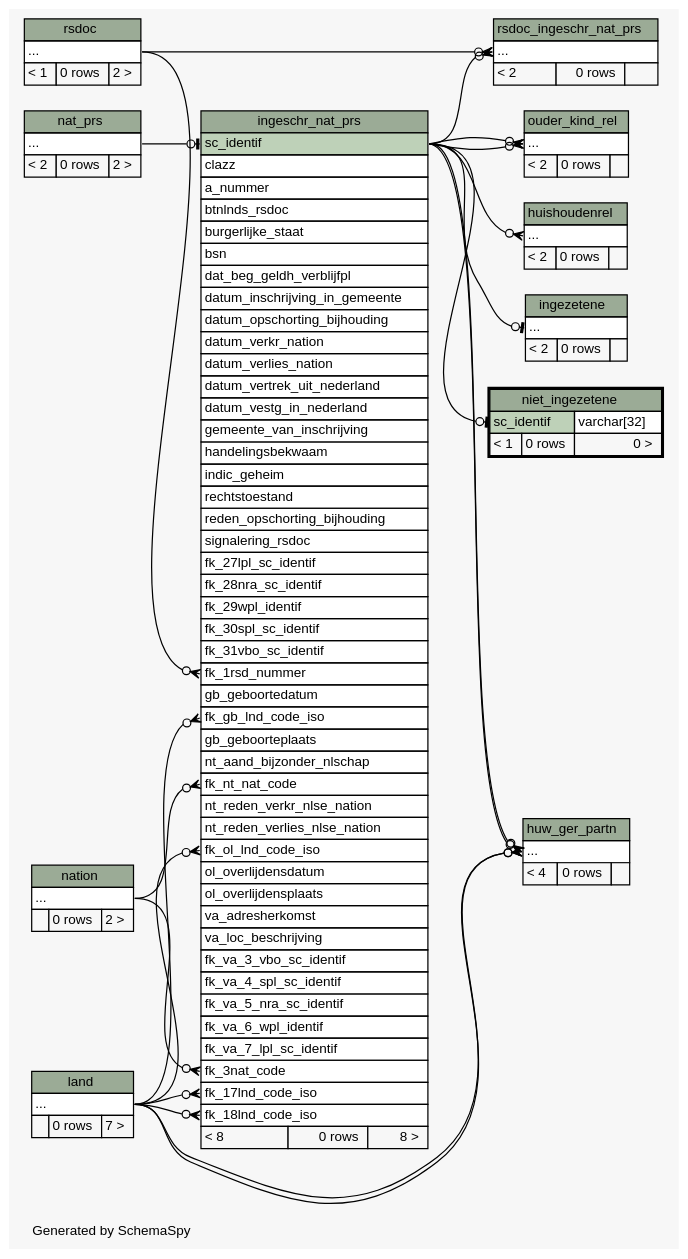
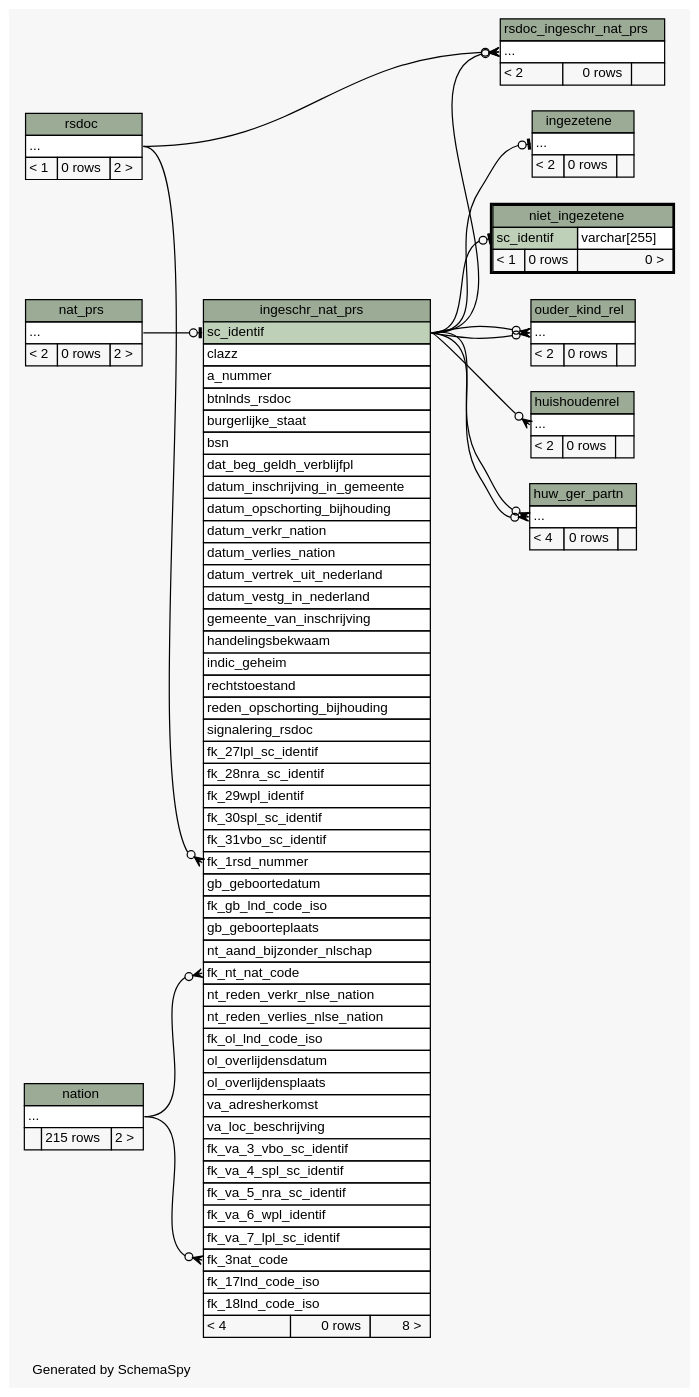
The diagram in datamodel/schemaspy/diagrams/niet_ingezetene.2degrees.dot (B3Partners/brmo), drawn with Graphviz before and after one commit. The commit also changed 3409 other files, not shown here.

```diff
--- a/datamodel/schemaspy/diagrams/niet_ingezetene.2degrees.dot
+++ b/datamodel/schemaspy/diagrams/niet_ingezetene.2degrees.dot
@@ -1,195 +1,179 @@
 // dot 2.40.1 on Linux 4.15.0-36-generic
 // SchemaSpy rev Unknown
 digraph "twoDegreesRelationshipsDiagram" {
   graph [
     rankdir="RL"
     bgcolor="#f7f7f7"
     label="\nGenerated by SchemaSpy"
     labeljust="l"
     nodesep="0.18"
     ranksep="0.46"
     fontname="Helvetica"
     fontsize="11"
   ];
   node [
     fontname="Helvetica"
     fontsize="11"
     shape="plaintext"
   ];
   edge [
     arrowsize="0.8"
   ];
   "huishoudenrel":"elipses":w -> "ingeschr_nat_prs":"sc_identif":e [arrowhead=none dir=back arrowtail=crowodot];
-  "huw_ger_partn":"elipses":w -> "land":"elipses":e [arrowhead=none dir=back arrowtail=crowodot];
-  "huw_ger_partn":"elipses":w -> "land":"elipses":e [arrowhead=none dir=back arrowtail=crowodot];
   "huw_ger_partn":"elipses":w -> "ingeschr_nat_prs":"sc_identif":e [arrowhead=none dir=back arrowtail=crowodot];
   "huw_ger_partn":"elipses":w -> "ingeschr_nat_prs":"sc_identif":e [arrowhead=none dir=back arrowtail=crowodot];
-  "ingeschr_nat_prs":"fk_17lnd_code_iso":w -> "land":"elipses":e [arrowhead=none dir=back arrowtail=crowodot];
-  "ingeschr_nat_prs":"fk_18lnd_code_iso":w -> "land":"elipses":e [arrowhead=none dir=back arrowtail=crowodot];
   "ingeschr_nat_prs":"fk_1rsd_nummer":w -> "rsdoc":"elipses":e [arrowhead=none dir=back arrowtail=crowodot];
   "ingeschr_nat_prs":"fk_3nat_code":w -> "nation":"elipses":e [arrowhead=none dir=back arrowtail=crowodot];
-  "ingeschr_nat_prs":"fk_gb_lnd_code_iso":w -> "land":"elipses":e [arrowhead=none dir=back arrowtail=crowodot];
   "ingeschr_nat_prs":"fk_nt_nat_code":w -> "nation":"elipses":e [arrowhead=none dir=back arrowtail=crowodot];
-  "ingeschr_nat_prs":"fk_ol_lnd_code_iso":w -> "land":"elipses":e [arrowhead=none dir=back arrowtail=crowodot];
   "ingeschr_nat_prs":"sc_identif":w -> "nat_prs":"elipses":e [arrowhead=none dir=back arrowtail=teeodot];
   "ingezetene":"elipses":w -> "ingeschr_nat_prs":"sc_identif":e [arrowhead=none dir=back arrowtail=teeodot];
   "niet_ingezetene":"sc_identif":w -> "ingeschr_nat_prs":"sc_identif":e [arrowhead=none dir=back arrowtail=teeodot];
   "ouder_kind_rel":"elipses":w -> "ingeschr_nat_prs":"sc_identif":e [arrowhead=none dir=back arrowtail=crowodot];
   "ouder_kind_rel":"elipses":w -> "ingeschr_nat_prs":"sc_identif":e [arrowhead=none dir=back arrowtail=crowodot];
   "rsdoc_ingeschr_nat_prs":"elipses":w -> "rsdoc":"elipses":e [arrowhead=none dir=back arrowtail=crowodot];
   "rsdoc_ingeschr_nat_prs":"elipses":w -> "ingeschr_nat_prs":"sc_identif":e [arrowhead=none dir=back arrowtail=crowodot];
   "huishoudenrel" [
     label=<
     <TABLE BORDER="0" CELLBORDER="1" CELLSPACING="0" BGCOLOR="#ffffff">
       <TR><TD COLSPAN="3" BGCOLOR="#9bab96" ALIGN="CENTER">huishoudenrel</TD></TR>
       <TR><TD PORT="elipses" COLSPAN="3" ALIGN="LEFT">...</TD></TR>
       <TR><TD ALIGN="LEFT" BGCOLOR="#f7f7f7">&lt; 2</TD><TD ALIGN="RIGHT" BGCOLOR="#f7f7f7">0 rows</TD><TD ALIGN="RIGHT" BGCOLOR="#f7f7f7">  </TD></TR>
     </TABLE>>
     URL="huishoudenrel.html"
     tooltip="huishoudenrel"
   ];
   "huw_ger_partn" [
     label=<
     <TABLE BORDER="0" CELLBORDER="1" CELLSPACING="0" BGCOLOR="#ffffff">
       <TR><TD COLSPAN="3" BGCOLOR="#9bab96" ALIGN="CENTER">huw_ger_partn</TD></TR>
       <TR><TD PORT="elipses" COLSPAN="3" ALIGN="LEFT">...</TD></TR>
       <TR><TD ALIGN="LEFT" BGCOLOR="#f7f7f7">&lt; 4</TD><TD ALIGN="RIGHT" BGCOLOR="#f7f7f7">0 rows</TD><TD ALIGN="RIGHT" BGCOLOR="#f7f7f7">  </TD></TR>
     </TABLE>>
     URL="huw_ger_partn.html"
     tooltip="huw_ger_partn"
   ];
   "ingeschr_nat_prs" [
     label=<
     <TABLE BORDER="0" CELLBORDER="1" CELLSPACING="0" BGCOLOR="#ffffff">
       <TR><TD COLSPAN="3" BGCOLOR="#9bab96" ALIGN="CENTER">ingeschr_nat_prs</TD></TR>
       <TR><TD PORT="sc_identif" COLSPAN="3" BGCOLOR="#bed1b8" ALIGN="LEFT">sc_identif</TD></TR>
       <TR><TD PORT="clazz" COLSPAN="3" ALIGN="LEFT">clazz</TD></TR>
       <TR><TD PORT="a_nummer" COLSPAN="3" ALIGN="LEFT">a_nummer</TD></TR>
       <TR><TD PORT="btnlnds_rsdoc" COLSPAN="3" ALIGN="LEFT">btnlnds_rsdoc</TD></TR>
       <TR><TD PORT="burgerlijke_staat" COLSPAN="3" ALIGN="LEFT">burgerlijke_staat</TD></TR>
       <TR><TD PORT="bsn" COLSPAN="3" ALIGN="LEFT">bsn</TD></TR>
       <TR><TD PORT="dat_beg_geldh_verblijfpl" COLSPAN="3" ALIGN="LEFT">dat_beg_geldh_verblijfpl</TD></TR>
       <TR><TD PORT="datum_inschrijving_in_gemeente" COLSPAN="3" ALIGN="LEFT">datum_inschrijving_in_gemeente</TD></TR>
       <TR><TD PORT="datum_opschorting_bijhouding" COLSPAN="3" ALIGN="LEFT">datum_opschorting_bijhouding</TD></TR>
       <TR><TD PORT="datum_verkr_nation" COLSPAN="3" ALIGN="LEFT">datum_verkr_nation</TD></TR>
       <TR><TD PORT="datum_verlies_nation" COLSPAN="3" ALIGN="LEFT">datum_verlies_nation</TD></TR>
       <TR><TD PORT="datum_vertrek_uit_nederland" COLSPAN="3" ALIGN="LEFT">datum_vertrek_uit_nederland</TD></TR>
       <TR><TD PORT="datum_vestg_in_nederland" COLSPAN="3" ALIGN="LEFT">datum_vestg_in_nederland</TD></TR>
       <TR><TD PORT="gemeente_van_inschrijving" COLSPAN="3" ALIGN="LEFT">gemeente_van_inschrijving</TD></TR>
       <TR><TD PORT="handelingsbekwaam" COLSPAN="3" ALIGN="LEFT">handelingsbekwaam</TD></TR>
       <TR><TD PORT="indic_geheim" COLSPAN="3" ALIGN="LEFT">indic_geheim</TD></TR>
       <TR><TD PORT="rechtstoestand" COLSPAN="3" ALIGN="LEFT">rechtstoestand</TD></TR>
       <TR><TD PORT="reden_opschorting_bijhouding" COLSPAN="3" ALIGN="LEFT">reden_opschorting_bijhouding</TD></TR>
       <TR><TD PORT="signalering_rsdoc" COLSPAN="3" ALIGN="LEFT">signalering_rsdoc</TD></TR>
       <TR><TD PORT="fk_27lpl_sc_identif" COLSPAN="3" ALIGN="LEFT">fk_27lpl_sc_identif</TD></TR>
       <TR><TD PORT="fk_28nra_sc_identif" COLSPAN="3" ALIGN="LEFT">fk_28nra_sc_identif</TD></TR>
       <TR><TD PORT="fk_29wpl_identif" COLSPAN="3" ALIGN="LEFT">fk_29wpl_identif</TD></TR>
       <TR><TD PORT="fk_30spl_sc_identif" COLSPAN="3" ALIGN="LEFT">fk_30spl_sc_identif</TD></TR>
       <TR><TD PORT="fk_31vbo_sc_identif" COLSPAN="3" ALIGN="LEFT">fk_31vbo_sc_identif</TD></TR>
       <TR><TD PORT="fk_1rsd_nummer" COLSPAN="3" ALIGN="LEFT">fk_1rsd_nummer</TD></TR>
       <TR><TD PORT="gb_geboortedatum" COLSPAN="3" ALIGN="LEFT">gb_geboortedatum</TD></TR>
       <TR><TD PORT="fk_gb_lnd_code_iso" COLSPAN="3" ALIGN="LEFT">fk_gb_lnd_code_iso</TD></TR>
       <TR><TD PORT="gb_geboorteplaats" COLSPAN="3" ALIGN="LEFT">gb_geboorteplaats</TD></TR>
       <TR><TD PORT="nt_aand_bijzonder_nlschap" COLSPAN="3" ALIGN="LEFT">nt_aand_bijzonder_nlschap</TD></TR>
       <TR><TD PORT="fk_nt_nat_code" COLSPAN="3" ALIGN="LEFT">fk_nt_nat_code</TD></TR>
       <TR><TD PORT="nt_reden_verkr_nlse_nation" COLSPAN="3" ALIGN="LEFT">nt_reden_verkr_nlse_nation</TD></TR>
       <TR><TD PORT="nt_reden_verlies_nlse_nation" COLSPAN="3" ALIGN="LEFT">nt_reden_verlies_nlse_nation</TD></TR>
       <TR><TD PORT="fk_ol_lnd_code_iso" COLSPAN="3" ALIGN="LEFT">fk_ol_lnd_code_iso</TD></TR>
       <TR><TD PORT="ol_overlijdensdatum" COLSPAN="3" ALIGN="LEFT">ol_overlijdensdatum</TD></TR>
       <TR><TD PORT="ol_overlijdensplaats" COLSPAN="3" ALIGN="LEFT">ol_overlijdensplaats</TD></TR>
       <TR><TD PORT="va_adresherkomst" COLSPAN="3" ALIGN="LEFT">va_adresherkomst</TD></TR>
       <TR><TD PORT="va_loc_beschrijving" COLSPAN="3" ALIGN="LEFT">va_loc_beschrijving</TD></TR>
       <TR><TD PORT="fk_va_3_vbo_sc_identif" COLSPAN="3" ALIGN="LEFT">fk_va_3_vbo_sc_identif</TD></TR>
       <TR><TD PORT="fk_va_4_spl_sc_identif" COLSPAN="3" ALIGN="LEFT">fk_va_4_spl_sc_identif</TD></TR>
       <TR><TD PORT="fk_va_5_nra_sc_identif" COLSPAN="3" ALIGN="LEFT">fk_va_5_nra_sc_identif</TD></TR>
       <TR><TD PORT="fk_va_6_wpl_identif" COLSPAN="3" ALIGN="LEFT">fk_va_6_wpl_identif</TD></TR>
       <TR><TD PORT="fk_va_7_lpl_sc_identif" COLSPAN="3" ALIGN="LEFT">fk_va_7_lpl_sc_identif</TD></TR>
       <TR><TD PORT="fk_3nat_code" COLSPAN="3" ALIGN="LEFT">fk_3nat_code</TD></TR>
       <TR><TD PORT="fk_17lnd_code_iso" COLSPAN="3" ALIGN="LEFT">fk_17lnd_code_iso</TD></TR>
       <TR><TD PORT="fk_18lnd_code_iso" COLSPAN="3" ALIGN="LEFT">fk_18lnd_code_iso</TD></TR>
-      <TR><TD ALIGN="LEFT" BGCOLOR="#f7f7f7">&lt; 8</TD><TD ALIGN="RIGHT" BGCOLOR="#f7f7f7">0 rows</TD><TD ALIGN="RIGHT" BGCOLOR="#f7f7f7">8 &gt;</TD></TR>
+      <TR><TD ALIGN="LEFT" BGCOLOR="#f7f7f7">&lt; 4</TD><TD ALIGN="RIGHT" BGCOLOR="#f7f7f7">0 rows</TD><TD ALIGN="RIGHT" BGCOLOR="#f7f7f7">8 &gt;</TD></TR>
     </TABLE>>
     URL="ingeschr_nat_prs.html"
     tooltip="ingeschr_nat_prs"
   ];
   "ingezetene" [
     label=<
     <TABLE BORDER="0" CELLBORDER="1" CELLSPACING="0" BGCOLOR="#ffffff">
       <TR><TD COLSPAN="3" BGCOLOR="#9bab96" ALIGN="CENTER">ingezetene</TD></TR>
       <TR><TD PORT="elipses" COLSPAN="3" ALIGN="LEFT">...</TD></TR>
       <TR><TD ALIGN="LEFT" BGCOLOR="#f7f7f7">&lt; 2</TD><TD ALIGN="RIGHT" BGCOLOR="#f7f7f7">0 rows</TD><TD ALIGN="RIGHT" BGCOLOR="#f7f7f7">  </TD></TR>
     </TABLE>>
     URL="ingezetene.html"
     tooltip="ingezetene"
-  ];
-  "land" [
-    label=<
-    <TABLE BORDER="0" CELLBORDER="1" CELLSPACING="0" BGCOLOR="#ffffff">
-      <TR><TD COLSPAN="3" BGCOLOR="#9bab96" ALIGN="CENTER">land</TD></TR>
-      <TR><TD PORT="elipses" COLSPAN="3" ALIGN="LEFT">...</TD></TR>
-      <TR><TD ALIGN="LEFT" BGCOLOR="#f7f7f7">  </TD><TD ALIGN="RIGHT" BGCOLOR="#f7f7f7">0 rows</TD><TD ALIGN="RIGHT" BGCOLOR="#f7f7f7">7 &gt;</TD></TR>
-    </TABLE>>
-    URL="land.html"
-    tooltip="land"
   ];
   "nat_prs" [
     label=<
     <TABLE BORDER="0" CELLBORDER="1" CELLSPACING="0" BGCOLOR="#ffffff">
       <TR><TD COLSPAN="3" BGCOLOR="#9bab96" ALIGN="CENTER">nat_prs</TD></TR>
       <TR><TD PORT="elipses" COLSPAN="3" ALIGN="LEFT">...</TD></TR>
       <TR><TD ALIGN="LEFT" BGCOLOR="#f7f7f7">&lt; 2</TD><TD ALIGN="RIGHT" BGCOLOR="#f7f7f7">0 rows</TD><TD ALIGN="RIGHT" BGCOLOR="#f7f7f7">2 &gt;</TD></TR>
     </TABLE>>
     URL="nat_prs.html"
     tooltip="nat_prs"
   ];
   "nation" [
     label=<
     <TABLE BORDER="0" CELLBORDER="1" CELLSPACING="0" BGCOLOR="#ffffff">
       <TR><TD COLSPAN="3" BGCOLOR="#9bab96" ALIGN="CENTER">nation</TD></TR>
       <TR><TD PORT="elipses" COLSPAN="3" ALIGN="LEFT">...</TD></TR>
-      <TR><TD ALIGN="LEFT" BGCOLOR="#f7f7f7">  </TD><TD ALIGN="RIGHT" BGCOLOR="#f7f7f7">0 rows</TD><TD ALIGN="RIGHT" BGCOLOR="#f7f7f7">2 &gt;</TD></TR>
+      <TR><TD ALIGN="LEFT" BGCOLOR="#f7f7f7">  </TD><TD ALIGN="RIGHT" BGCOLOR="#f7f7f7">215 rows</TD><TD ALIGN="RIGHT" BGCOLOR="#f7f7f7">2 &gt;</TD></TR>
     </TABLE>>
     URL="nation.html"
     tooltip="nation"
   ];
   "niet_ingezetene" [
     label=<
     <TABLE BORDER="2" CELLBORDER="1" CELLSPACING="0" BGCOLOR="#ffffff">
       <TR><TD COLSPAN="3" BGCOLOR="#9bab96" ALIGN="CENTER">niet_ingezetene</TD></TR>
-      <TR><TD PORT="sc_identif" COLSPAN="2" BGCOLOR="#bed1b8" ALIGN="LEFT">sc_identif</TD><TD PORT="sc_identif.type" ALIGN="LEFT">varchar[32]</TD></TR>
+      <TR><TD PORT="sc_identif" COLSPAN="2" BGCOLOR="#bed1b8" ALIGN="LEFT">sc_identif</TD><TD PORT="sc_identif.type" ALIGN="LEFT">varchar[255]</TD></TR>
       <TR><TD ALIGN="LEFT" BGCOLOR="#f7f7f7">&lt; 1</TD><TD ALIGN="RIGHT" BGCOLOR="#f7f7f7">0 rows</TD><TD ALIGN="RIGHT" BGCOLOR="#f7f7f7">0 &gt;</TD></TR>
     </TABLE>>
     URL="niet_ingezetene.html"
     tooltip="niet_ingezetene"
   ];
   "ouder_kind_rel" [
     label=<
     <TABLE BORDER="0" CELLBORDER="1" CELLSPACING="0" BGCOLOR="#ffffff">
       <TR><TD COLSPAN="3" BGCOLOR="#9bab96" ALIGN="CENTER">ouder_kind_rel</TD></TR>
       <TR><TD PORT="elipses" COLSPAN="3" ALIGN="LEFT">...</TD></TR>
       <TR><TD ALIGN="LEFT" BGCOLOR="#f7f7f7">&lt; 2</TD><TD ALIGN="RIGHT" BGCOLOR="#f7f7f7">0 rows</TD><TD ALIGN="RIGHT" BGCOLOR="#f7f7f7">  </TD></TR>
     </TABLE>>
     URL="ouder_kind_rel.html"
     tooltip="ouder_kind_rel"
   ];
   "rsdoc" [
     label=<
     <TABLE BORDER="0" CELLBORDER="1" CELLSPACING="0" BGCOLOR="#ffffff">
       <TR><TD COLSPAN="3" BGCOLOR="#9bab96" ALIGN="CENTER">rsdoc</TD></TR>
       <TR><TD PORT="elipses" COLSPAN="3" ALIGN="LEFT">...</TD></TR>
       <TR><TD ALIGN="LEFT" BGCOLOR="#f7f7f7">&lt; 1</TD><TD ALIGN="RIGHT" BGCOLOR="#f7f7f7">0 rows</TD><TD ALIGN="RIGHT" BGCOLOR="#f7f7f7">2 &gt;</TD></TR>
     </TABLE>>
     URL="rsdoc.html"
     tooltip="rsdoc"
   ];
   "rsdoc_ingeschr_nat_prs" [
     label=<
     <TABLE BORDER="0" CELLBORDER="1" CELLSPACING="0" BGCOLOR="#ffffff">
       <TR><TD COLSPAN="3" BGCOLOR="#9bab96" ALIGN="CENTER">rsdoc_ingeschr_nat_prs</TD></TR>
       <TR><TD PORT="elipses" COLSPAN="3" ALIGN="LEFT">...</TD></TR>
       <TR><TD ALIGN="LEFT" BGCOLOR="#f7f7f7">&lt; 2</TD><TD ALIGN="RIGHT" BGCOLOR="#f7f7f7">0 rows</TD><TD ALIGN="RIGHT" BGCOLOR="#f7f7f7">  </TD></TR>
     </TABLE>>
     URL="rsdoc_ingeschr_nat_prs.html"
     tooltip="rsdoc_ingeschr_nat_prs"
   ];
 }
```
